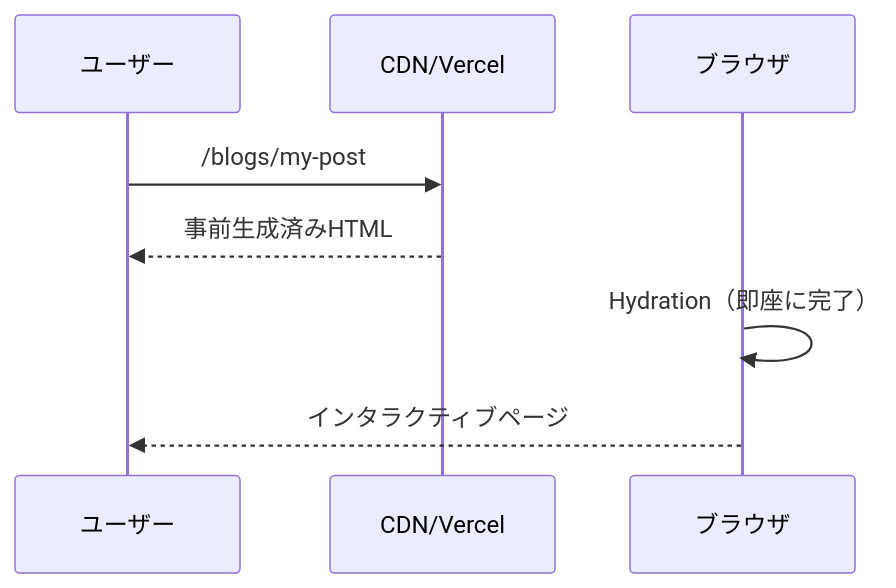
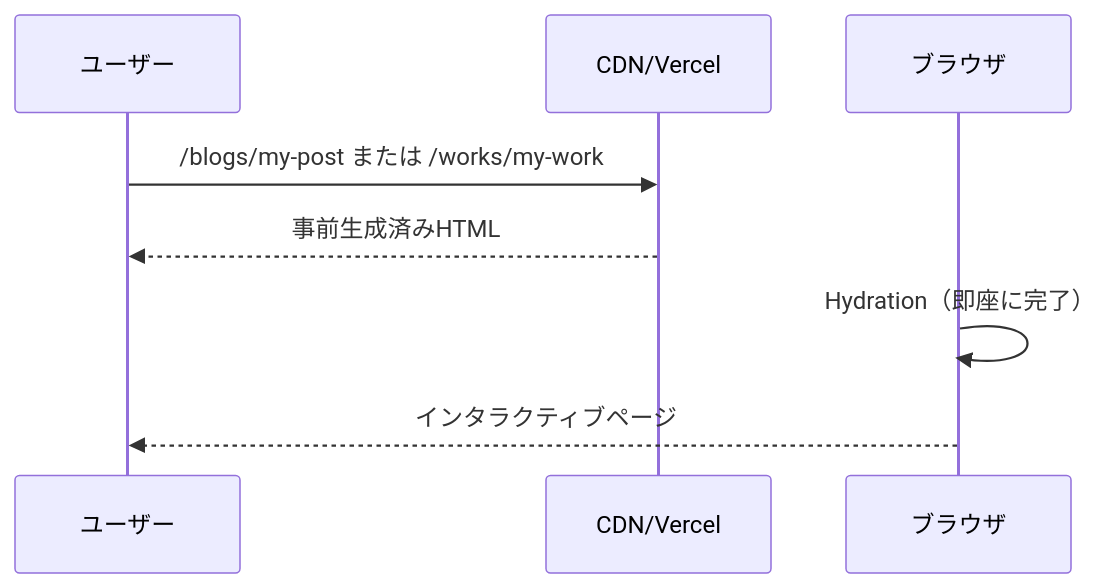
The third of 3 diagrams in spec.md (andmohiko/andmohiko.dev), drawn with Mermaid before and after one commit. The commit also changed other lines of this file, not shown here.

````diff
--- a/spec.md
+++ b/spec.md
@@ -234,11 +335,11 @@
 ```mermaid
 sequenceDiagram
     participant User as ユーザー
     participant CDN as CDN/Vercel
     participant Browser as ブラウザ
 
-    User->>CDN: /blogs/my-post
+    User->>CDN: /blogs/my-post または /works/my-work
     CDN-->>User: 事前生成済みHTML
     Browser->>Browser: Hydration（即座に完了）
     Browser-->>User: インタラクティブページ
 ```
````
